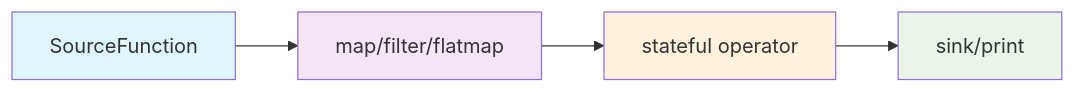
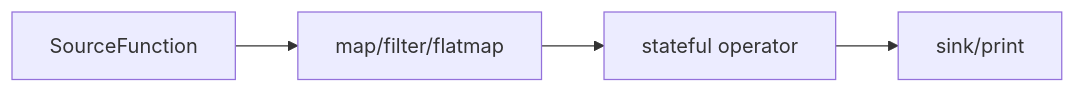
One commit to peilin9990/SAGE-Pub changed the diagram in docs_src/get_start/streaming/unlimited_streaming.md. Above: the diagram before and after it, drawn with Mermaid. The commit also changed other lines of this file and 1 other file, not shown here.

````diff
--- a/docs_src/get_start/streaming/unlimited_streaming.md
+++ b/docs_src/get_start/streaming/unlimited_streaming.md
@@ -17,11 +16,6 @@
 ```mermaid
 graph LR
     A[SourceFunction] --> B[map/filter/flatmap]
     B --> C[stateful operator]
     C --> D[sink/print]
-    
-    style A fill:#e1f5fe
-    style B fill:#f3e5f5
-    style C fill:#fff3e0
-    style D fill:#e8f5e8
 ```
````
